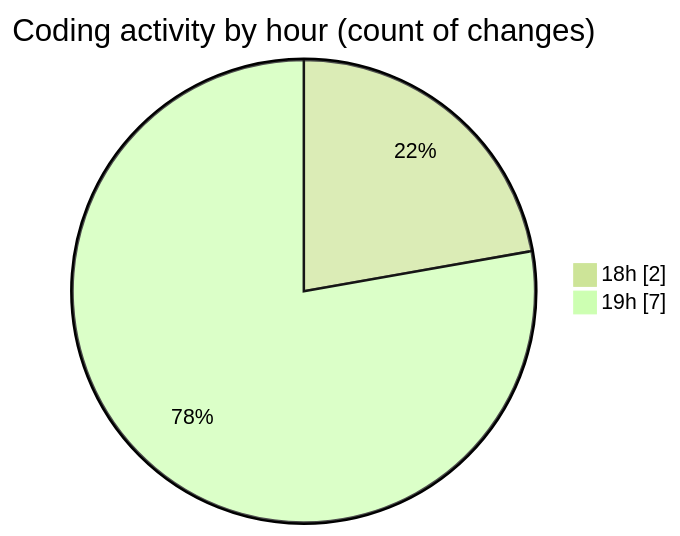
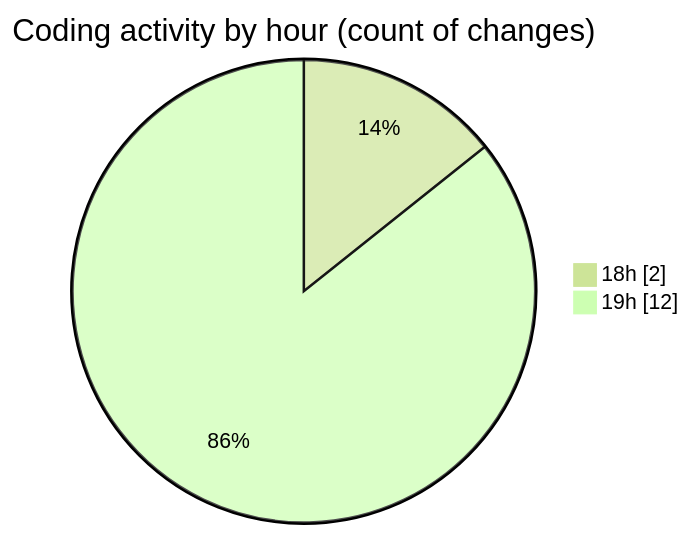
The second of 2 diagrams in 2025-05-22/ecodeli-1/README.md (CELIANVF/code-tracking), drawn with Mermaid (forest theme) before and after one commit. The commit also changed other lines of this file and 1 other file, not shown here.

````diff
--- a/2025-05-22/ecodeli-1/README.md
+++ b/2025-05-22/ecodeli-1/README.md
@@ -33,6 +35,6 @@
 ```mermaid
 pie showData
 title Coding activity by hour (count of changes)
 "18h" : 2
-"19h" : 7
+"19h" : 12
 ```
````
